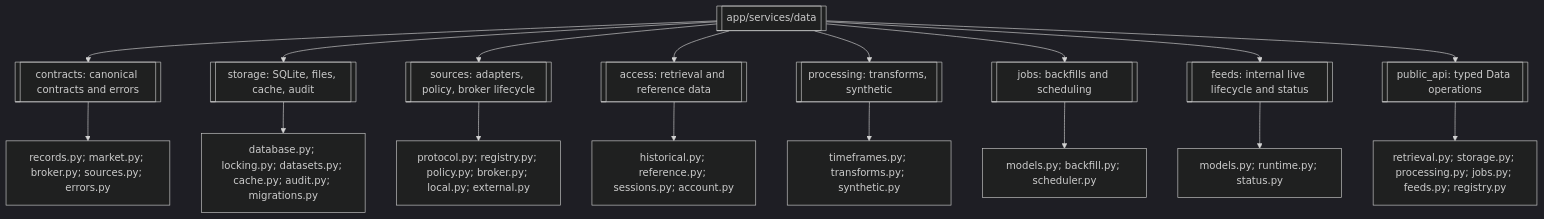
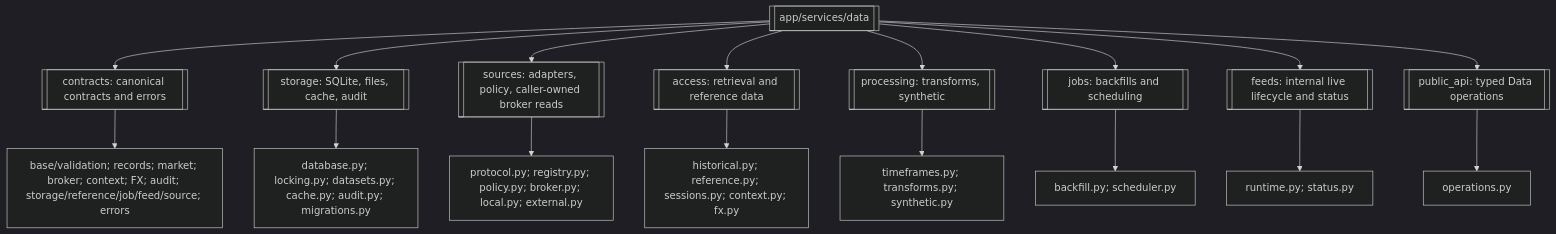
The first of 3 diagrams in app/services/data/README.md (haruperi/HaruQuantAI), drawn with Mermaid (dark theme) before and after one commit. The commit also changed other lines of this file and 128 other files, not shown here.

Commit message:
feat (data) : implement comprehensive data service infrastructure including storage, contracts, processing, and access layers

````diff
--- a/app/services/data/README.md
+++ b/app/services/data/README.md
@@ -152,21 +152,21 @@
 ```mermaid
 flowchart TD
     DATA[[app/services/data]]
     DATA --> CONTRACTS[[contracts: canonical contracts and errors]]
     DATA --> STORAGE[[storage: SQLite, files, cache, audit]]
-    DATA --> SOURCES[[sources: adapters, policy, broker lifecycle]]
+    DATA --> SOURCES[[sources: adapters, policy, caller-owned broker reads]]
     DATA --> ACCESS[[access: retrieval and reference data]]
     DATA --> PROCESSING[[processing: transforms, synthetic]]
     DATA --> JOBS[[jobs: backfills and scheduling]]
     DATA --> FEEDS[[feeds: internal live lifecycle and status]]
     DATA --> API[[public_api: typed Data operations]]
 
-    CONTRACTS --> CFILES[records.py; market.py; broker.py; sources.py; errors.py]
+    CONTRACTS --> CFILES[base/validation; records; market; broker; context; FX; audit; storage/reference/job/feed/source; errors]
     STORAGE --> STFILES[database.py; locking.py; datasets.py; cache.py; audit.py; migrations.py]
     SOURCES --> SOFILES[protocol.py; registry.py; policy.py; broker.py; local.py; external.py]
-    ACCESS --> AFILES[historical.py; reference.py; sessions.py; account.py]
+    ACCESS --> AFILES[historical.py; reference.py; sessions.py; context.py; fx.py]
     PROCESSING --> PFILES[timeframes.py; transforms.py; synthetic.py]
-    JOBS --> JFILES[models.py; backfill.py; scheduler.py]
-    FEEDS --> FFILES[models.py; runtime.py; status.py]
-    API --> APIFILES[retrieval.py; storage.py; processing.py; jobs.py; feeds.py; registry.py]
+    JOBS --> JFILES[backfill.py; scheduler.py]
+    FEEDS --> FFILES[runtime.py; status.py]
+    API --> APIFILES[operations.py]
 ```
````
